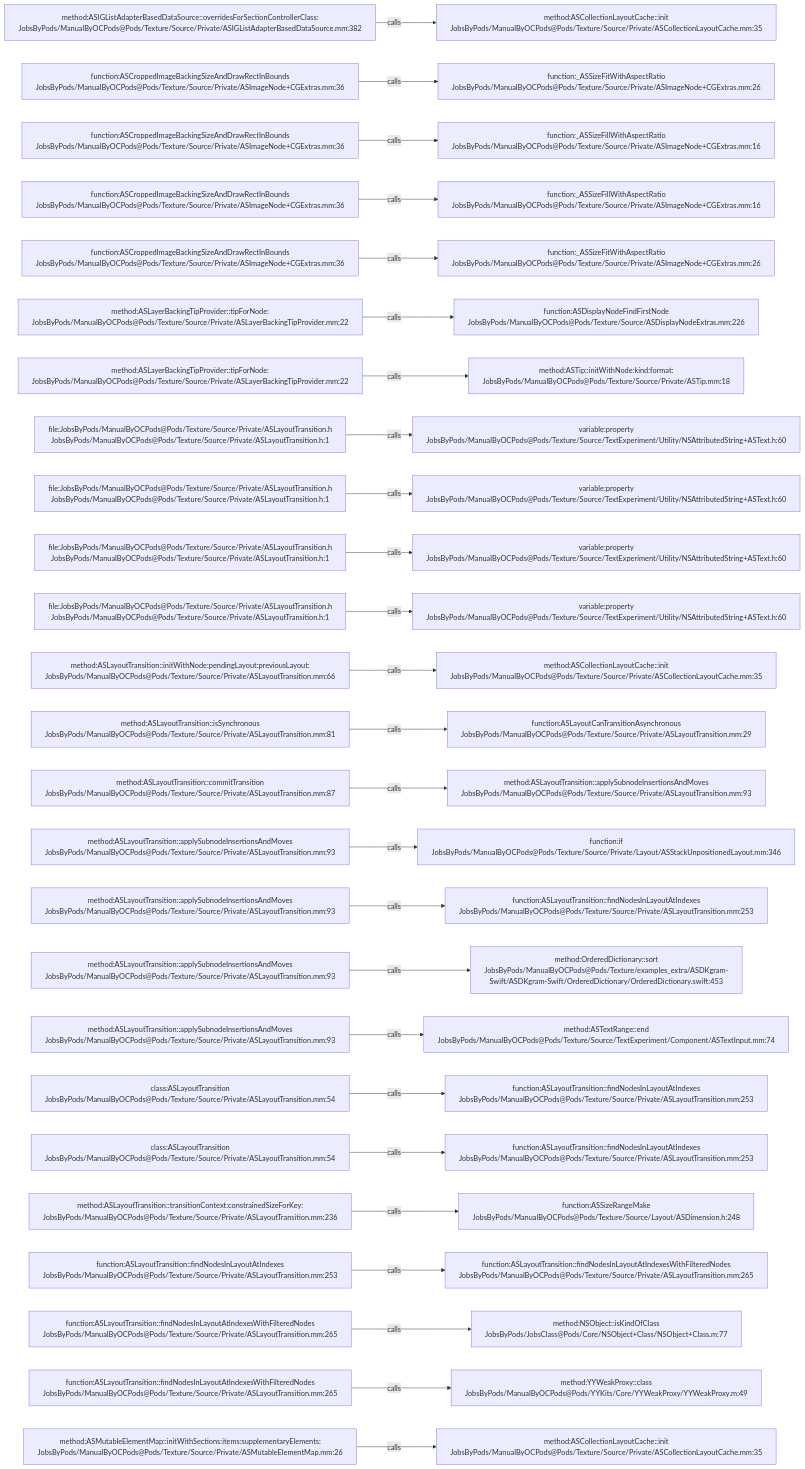
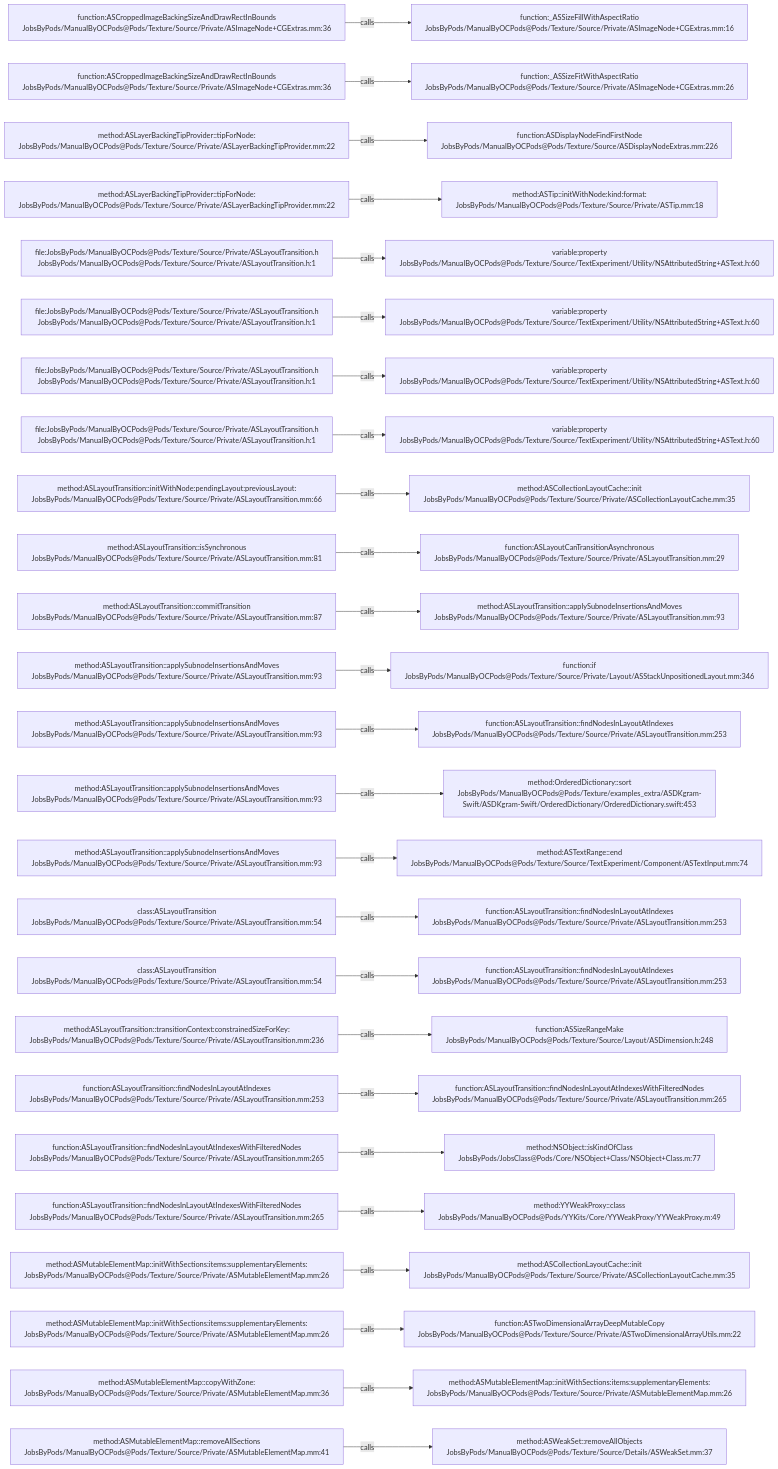
Before and after one commit to JobsKits/JobsOCBaseConfigDemo: the diagram in .codegraph/codegraph.md/graphs/calls-192.md, drawn with Mermaid. The commit also changed 342 other files, not shown here.

````diff
--- a/.codegraph/codegraph.md/graphs/calls-192.md
+++ b/.codegraph/codegraph.md/graphs/calls-192.md
@@ -13,78 +13,78 @@
 ```mermaid
 flowchart LR
-  S1["method:ASIGListAdapterBasedDataSource::overridesForSectionControllerClass:<br/>JobsByPods/ManualByOCPods@Pods/Texture/Source/Private/ASIGListAdapterBasedDataSource.mm:382"]
-  T1["method:ASCollectionLayoutCache::init<br/>JobsByPods/ManualByOCPods@Pods/Texture/Source/Private/ASCollectionLayoutCache.mm:35"]
+  S1["function:ASCroppedImageBackingSizeAndDrawRectInBounds<br/>JobsByPods/ManualByOCPods@Pods/Texture/Source/Private/ASImageNode+CGExtras.mm:36"]
+  T1["function:_ASSizeFillWithAspectRatio<br/>JobsByPods/ManualByOCPods@Pods/Texture/Source/Private/ASImageNode+CGExtras.mm:16"]
   S1 -->|calls| T1
   S2["function:ASCroppedImageBackingSizeAndDrawRectInBounds<br/>JobsByPods/ManualByOCPods@Pods/Texture/Source/Private/ASImageNode+CGExtras.mm:36"]
   T2["function:_ASSizeFitWithAspectRatio<br/>JobsByPods/ManualByOCPods@Pods/Texture/Source/Private/ASImageNode+CGExtras.mm:26"]
   S2 -->|calls| T2
-  S3["function:ASCroppedImageBackingSizeAndDrawRectInBounds<br/>JobsByPods/ManualByOCPods@Pods/Texture/Source/Private/ASImageNode+CGExtras.mm:36"]
-  T3["function:_ASSizeFillWithAspectRatio<br/>JobsByPods/ManualByOCPods@Pods/Texture/Source/Private/ASImageNode+CGExtras.mm:16"]
+  S3["method:ASLayerBackingTipProvider::tipForNode:<br/>JobsByPods/ManualByOCPods@Pods/Texture/Source/Private/ASLayerBackingTipProvider.mm:22"]
+  T3["function:ASDisplayNodeFindFirstNode<br/>JobsByPods/ManualByOCPods@Pods/Texture/Source/ASDisplayNodeExtras.mm:226"]
   S3 -->|calls| T3
-  S4["function:ASCroppedImageBackingSizeAndDrawRectInBounds<br/>JobsByPods/ManualByOCPods@Pods/Texture/Source/Private/ASImageNode+CGExtras.mm:36"]
-  T4["function:_ASSizeFillWithAspectRatio<br/>JobsByPods/ManualByOCPods@Pods/Texture/Source/Private/ASImageNode+CGExtras.mm:16"]
+  S4["method:ASLayerBackingTipProvider::tipForNode:<br/>JobsByPods/ManualByOCPods@Pods/Texture/Source/Private/ASLayerBackingTipProvider.mm:22"]
+  T4["method:ASTip::initWithNode:kind:format:<br/>JobsByPods/ManualByOCPods@Pods/Texture/Source/Private/ASTip.mm:18"]
   S4 -->|calls| T4
-  S5["function:ASCroppedImageBackingSizeAndDrawRectInBounds<br/>JobsByPods/ManualByOCPods@Pods/Texture/Source/Private/ASImageNode+CGExtras.mm:36"]
-  T5["function:_ASSizeFitWithAspectRatio<br/>JobsByPods/ManualByOCPods@Pods/Texture/Source/Private/ASImageNode+CGExtras.mm:26"]
+  S5["file:JobsByPods/ManualByOCPods@Pods/Texture/Source/Private/ASLayoutTransition.h<br/>JobsByPods/ManualByOCPods@Pods/Texture/Source/Private/ASLayoutTransition.h:1"]
+  T5["variable:property<br/>JobsByPods/ManualByOCPods@Pods/Texture/Source/TextExperiment/Utility/NSAttributedString+ASText.h:60"]
   S5 -->|calls| T5
-  S6["method:ASLayerBackingTipProvider::tipForNode:<br/>JobsByPods/ManualByOCPods@Pods/Texture/Source/Private/ASLayerBackingTipProvider.mm:22"]
-  T6["function:ASDisplayNodeFindFirstNode<br/>JobsByPods/ManualByOCPods@Pods/Texture/Source/ASDisplayNodeExtras.mm:226"]
+  S6["file:JobsByPods/ManualByOCPods@Pods/Texture/Source/Private/ASLayoutTransition.h<br/>JobsByPods/ManualByOCPods@Pods/Texture/Source/Private/ASLayoutTransition.h:1"]
+  T6["variable:property<br/>JobsByPods/ManualByOCPods@Pods/Texture/Source/TextExperiment/Utility/NSAttributedString+ASText.h:60"]
   S6 -->|calls| T6
-  S7["method:ASLayerBackingTipProvider::tipForNode:<br/>JobsByPods/ManualByOCPods@Pods/Texture/Source/Private/ASLayerBackingTipProvider.mm:22"]
-  T7["method:ASTip::initWithNode:kind:format:<br/>JobsByPods/ManualByOCPods@Pods/Texture/Source/Private/ASTip.mm:18"]
+  S7["file:JobsByPods/ManualByOCPods@Pods/Texture/Source/Private/ASLayoutTransition.h<br/>JobsByPods/ManualByOCPods@Pods/Texture/Source/Private/ASLayoutTransition.h:1"]
+  T7["variable:property<br/>JobsByPods/ManualByOCPods@Pods/Texture/Source/TextExperiment/Utility/NSAttributedString+ASText.h:60"]
   S7 -->|calls| T7
   S8["file:JobsByPods/ManualByOCPods@Pods/Texture/Source/Private/ASLayoutTransition.h<br/>JobsByPods/ManualByOCPods@Pods/Texture/Source/Private/ASLayoutTransition.h:1"]
   T8["variable:property<br/>JobsByPods/ManualByOCPods@Pods/Texture/Source/TextExperiment/Utility/NSAttributedString+ASText.h:60"]
   S8 -->|calls| T8
-  S9["file:JobsByPods/ManualByOCPods@Pods/Texture/Source/Private/ASLayoutTransition.h<br/>JobsByPods/ManualByOCPods@Pods/Texture/Source/Private/ASLayoutTransition.h:1"]
-  T9["variable:property<br/>JobsByPods/ManualByOCPods@Pods/Texture/Source/TextExperiment/Utility/NSAttributedString+ASText.h:60"]
+  S9["method:ASLayoutTransition::initWithNode:pendingLayout:previousLayout:<br/>JobsByPods/ManualByOCPods@Pods/Texture/Source/Private/ASLayoutTransition.mm:66"]
+  T9["method:ASCollectionLayoutCache::init<br/>JobsByPods/ManualByOCPods@Pods/Texture/Source/Private/ASCollectionLayoutCache.mm:35"]
   S9 -->|calls| T9
-  S10["file:JobsByPods/ManualByOCPods@Pods/Texture/Source/Private/ASLayoutTransition.h<br/>JobsByPods/ManualByOCPods@Pods/Texture/Source/Private/ASLayoutTransition.h:1"]
-  T10["variable:property<br/>JobsByPods/ManualByOCPods@Pods/Texture/Source/TextExperiment/Utility/NSAttributedString+ASText.h:60"]
+  S10["method:ASLayoutTransition::isSynchronous<br/>JobsByPods/ManualByOCPods@Pods/Texture/Source/Private/ASLayoutTransition.mm:81"]
+  T10["function:ASLayoutCanTransitionAsynchronous<br/>JobsByPods/ManualByOCPods@Pods/Texture/Source/Private/ASLayoutTransition.mm:29"]
   S10 -->|calls| T10
-  S11["file:JobsByPods/ManualByOCPods@Pods/Texture/Source/Private/ASLayoutTransition.h<br/>JobsByPods/ManualByOCPods@Pods/Texture/Source/Private/ASLayoutTransition.h:1"]
-  T11["variable:property<br/>JobsByPods/ManualByOCPods@Pods/Texture/Source/TextExperiment/Utility/NSAttributedString+ASText.h:60"]
+  S11["method:ASLayoutTransition::commitTransition<br/>JobsByPods/ManualByOCPods@Pods/Texture/Source/Private/ASLayoutTransition.mm:87"]
+  T11["method:ASLayoutTransition::applySubnodeInsertionsAndMoves<br/>JobsByPods/ManualByOCPods@Pods/Texture/Source/Private/ASLayoutTransition.mm:93"]
   S11 -->|calls| T11
-  S12["method:ASLayoutTransition::initWithNode:pendingLayout:previousLayout:<br/>JobsByPods/ManualByOCPods@Pods/Texture/Source/Private/ASLayoutTransition.mm:66"]
-  T12["method:ASCollectionLayoutCache::init<br/>JobsByPods/ManualByOCPods@Pods/Texture/Source/Private/ASCollectionLayoutCache.mm:35"]
+  S12["method:ASLayoutTransition::applySubnodeInsertionsAndMoves<br/>JobsByPods/ManualByOCPods@Pods/Texture/Source/Private/ASLayoutTransition.mm:93"]
+  T12["function:if<br/>JobsByPods/ManualByOCPods@Pods/Texture/Source/Private/Layout/ASStackUnpositionedLayout.mm:346"]
   S12 -->|calls| T12
-  S13["method:ASLayoutTransition::isSynchronous<br/>JobsByPods/ManualByOCPods@Pods/Texture/Source/Private/ASLayoutTransition.mm:81"]
-  T13["function:ASLayoutCanTransitionAsynchronous<br/>JobsByPods/ManualByOCPods@Pods/Texture/Source/Private/ASLayoutTransition.mm:29"]
+  S13["method:ASLayoutTransition::applySubnodeInsertionsAndMoves<br/>JobsByPods/ManualByOCPods@Pods/Texture/Source/Private/ASLayoutTransition.mm:93"]
+  T13["function:ASLayoutTransition::findNodesInLayoutAtIndexes<br/>JobsByPods/ManualByOCPods@Pods/Texture/Source/Private/ASLayoutTransition.mm:253"]
   S13 -->|calls| T13
-  S14["method:ASLayoutTransition::commitTransition<br/>JobsByPods/ManualByOCPods@Pods/Texture/Source/Private/ASLayoutTransition.mm:87"]
-  T14["method:ASLayoutTransition::applySubnodeInsertionsAndMoves<br/>JobsByPods/ManualByOCPods@Pods/Texture/Source/Private/ASLayoutTransition.mm:93"]
+  S14["method:ASLayoutTransition::applySubnodeInsertionsAndMoves<br/>JobsByPods/ManualByOCPods@Pods/Texture/Source/Private/ASLayoutTransition.mm:93"]
+  T14["method:OrderedDictionary::sort<br/>JobsByPods/ManualByOCPods@Pods/Texture/examples_extra/ASDKgram-Swift/ASDKgram-Swift/OrderedDictionary/OrderedDictionary.swift:453"]
   S14 -->|calls| T14
   S15["method:ASLayoutTransition::applySubnodeInsertionsAndMoves<br/>JobsByPods/ManualByOCPods@Pods/Texture/Source/Private/ASLayoutTransition.mm:93"]
-  T15["function:if<br/>JobsByPods/ManualByOCPods@Pods/Texture/Source/Private/Layout/ASStackUnpositionedLayout.mm:346"]
+  T15["method:ASTextRange::end<br/>JobsByPods/ManualByOCPods@Pods/Texture/Source/TextExperiment/Component/ASTextInput.mm:74"]
   S15 -->|calls| T15
-  S16["method:ASLayoutTransition::applySubnodeInsertionsAndMoves<br/>JobsByPods/ManualByOCPods@Pods/Texture/Source/Private/ASLayoutTransition.mm:93"]
+  S16["class:ASLayoutTransition<br/>JobsByPods/ManualByOCPods@Pods/Texture/Source/Private/ASLayoutTransition.mm:54"]
   T16["function:ASLayoutTransition::findNodesInLayoutAtIndexes<br/>JobsByPods/ManualByOCPods@Pods/Texture/Source/Private/ASLayoutTransition.mm:253"]
   S16 -->|calls| T16
-  S17["method:ASLayoutTransition::applySubnodeInsertionsAndMoves<br/>JobsByPods/ManualByOCPods@Pods/Texture/Source/Private/ASLayoutTransition.mm:93"]
-  T17["method:OrderedDictionary::sort<br/>JobsByPods/ManualByOCPods@Pods/Texture/examples_extra/ASDKgram-Swift/ASDKgram-Swift/OrderedDictionary/OrderedDictionary.swift:453"]
+  S17["class:ASLayoutTransition<br/>JobsByPods/ManualByOCPods@Pods/Texture/Source/Private/ASLayoutTransition.mm:54"]
+  T17["function:ASLayoutTransition::findNodesInLayoutAtIndexes<br/>JobsByPods/ManualByOCPods@Pods/Texture/Source/Private/ASLayoutTransition.mm:253"]
   S17 -->|calls| T17
-  S18["method:ASLayoutTransition::applySubnodeInsertionsAndMoves<br/>JobsByPods/ManualByOCPods@Pods/Texture/Source/Private/ASLayoutTransition.mm:93"]
-  T18["method:ASTextRange::end<br/>JobsByPods/ManualByOCPods@Pods/Texture/Source/TextExperiment/Component/ASTextInput.mm:74"]
+  S18["method:ASLayoutTransition::transitionContext:constrainedSizeForKey:<br/>JobsByPods/ManualByOCPods@Pods/Texture/Source/Private/ASLayoutTransition.mm:236"]
+  T18["function:ASSizeRangeMake<br/>JobsByPods/ManualByOCPods@Pods/Texture/Source/Layout/ASDimension.h:248"]
   S18 -->|calls| T18
-  S19["class:ASLayoutTransition<br/>JobsByPods/ManualByOCPods@Pods/Texture/Source/Private/ASLayoutTransition.mm:54"]
-  T19["function:ASLayoutTransition::findNodesInLayoutAtIndexes<br/>JobsByPods/ManualByOCPods@Pods/Texture/Source/Private/ASLayoutTransition.mm:253"]
+  S19["function:ASLayoutTransition::findNodesInLayoutAtIndexes<br/>JobsByPods/ManualByOCPods@Pods/Texture/Source/Private/ASLayoutTransition.mm:253"]
+  T19["function:ASLayoutTransition::findNodesInLayoutAtIndexesWithFilteredNodes<br/>JobsByPods/ManualByOCPods@Pods/Texture/Source/Private/ASLayoutTransition.mm:265"]
   S19 -->|calls| T19
-  S20["class:ASLayoutTransition<br/>JobsByPods/ManualByOCPods@Pods/Texture/Source/Private/ASLayoutTransition.mm:54"]
-  T20["function:ASLayoutTransition::findNodesInLayoutAtIndexes<br/>JobsByPods/ManualByOCPods@Pods/Texture/Source/Private/ASLayoutTransition.mm:253"]
+  S20["function:ASLayoutTransition::findNodesInLayoutAtIndexesWithFilteredNodes<br/>JobsByPods/ManualByOCPods@Pods/Texture/Source/Private/ASLayoutTransition.mm:265"]
+  T20["method:NSObject::isKindOfClass<br/>JobsByPods/JobsClass@Pods/Core/NSObject+Class/NSObject+Class.m:77"]
   S20 -->|calls| T20
-  S21["method:ASLayoutTransition::transitionContext:constrainedSizeForKey:<br/>JobsByPods/ManualByOCPods@Pods/Texture/Source/Private/ASLayoutTransition.mm:236"]
-  T21["function:ASSizeRangeMake<br/>JobsByPods/ManualByOCPods@Pods/Texture/Source/Layout/ASDimension.h:248"]
+  S21["function:ASLayoutTransition::findNodesInLayoutAtIndexesWithFilteredNodes<br/>JobsByPods/ManualByOCPods@Pods/Texture/Source/Private/ASLayoutTransition.mm:265"]
+  T21["method:YYWeakProxy::class<br/>JobsByPods/ManualByOCPods@Pods/YYKits/Core/YYWeakProxy/YYWeakProxy.m:49"]
   S21 -->|calls| T21
-  S22["function:ASLayoutTransition::findNodesInLayoutAtIndexes<br/>JobsByPods/ManualByOCPods@Pods/Texture/Source/Private/ASLayoutTransition.mm:253"]
-  T22["function:ASLayoutTransition::findNodesInLayoutAtIndexesWithFilteredNodes<br/>JobsByPods/ManualByOCPods@Pods/Texture/Source/Private/ASLayoutTransition.mm:265"]
+  S22["method:ASMutableElementMap::initWithSections:items:supplementaryElements:<br/>JobsByPods/ManualByOCPods@Pods/Texture/Source/Private/ASMutableElementMap.mm:26"]
+  T22["method:ASCollectionLayoutCache::init<br/>JobsByPods/ManualByOCPods@Pods/Texture/Source/Private/ASCollectionLayoutCache.mm:35"]
   S22 -->|calls| T22
-  S23["function:ASLayoutTransition::findNodesInLayoutAtIndexesWithFilteredNodes<br/>JobsByPods/ManualByOCPods@Pods/Texture/Source/Private/ASLayoutTransition.mm:265"]
-  T23["method:NSObject::isKindOfClass<br/>JobsByPods/JobsClass@Pods/Core/NSObject+Class/NSObject+Class.m:77"]
+  S23["method:ASMutableElementMap::initWithSections:items:supplementaryElements:<br/>JobsByPods/ManualByOCPods@Pods/Texture/Source/Private/ASMutableElementMap.mm:26"]
+  T23["function:ASTwoDimensionalArrayDeepMutableCopy<br/>JobsByPods/ManualByOCPods@Pods/Texture/Source/Private/ASTwoDimensionalArrayUtils.mm:22"]
   S23 -->|calls| T23
-  S24["function:ASLayoutTransition::findNodesInLayoutAtIndexesWithFilteredNodes<br/>JobsByPods/ManualByOCPods@Pods/Texture/Source/Private/ASLayoutTransition.mm:265"]
-  T24["method:YYWeakProxy::class<br/>JobsByPods/ManualByOCPods@Pods/YYKits/Core/YYWeakProxy/YYWeakProxy.m:49"]
+  S24["method:ASMutableElementMap::copyWithZone:<br/>JobsByPods/ManualByOCPods@Pods/Texture/Source/Private/ASMutableElementMap.mm:36"]
+  T24["method:ASMutableElementMap::initWithSections:items:supplementaryElements:<br/>JobsByPods/ManualByOCPods@Pods/Texture/Source/Private/ASMutableElementMap.mm:26"]
   S24 -->|calls| T24
-  S25["method:ASMutableElementMap::initWithSections:items:supplementaryElements:<br/>JobsByPods/ManualByOCPods@Pods/Texture/Source/Private/ASMutableElementMap.mm:26"]
-  T25["method:ASCollectionLayoutCache::init<br/>JobsByPods/ManualByOCPods@Pods/Texture/Source/Private/ASCollectionLayoutCache.mm:35"]
+  S25["method:ASMutableElementMap::removeAllSections<br/>JobsByPods/ManualByOCPods@Pods/Texture/Source/Private/ASMutableElementMap.mm:41"]
+  T25["method:ASWeakSet::removeAllObjects<br/>JobsByPods/ManualByOCPods@Pods/Texture/Source/Details/ASWeakSet.mm:37"]
   S25 -->|calls| T25
 ```
````
